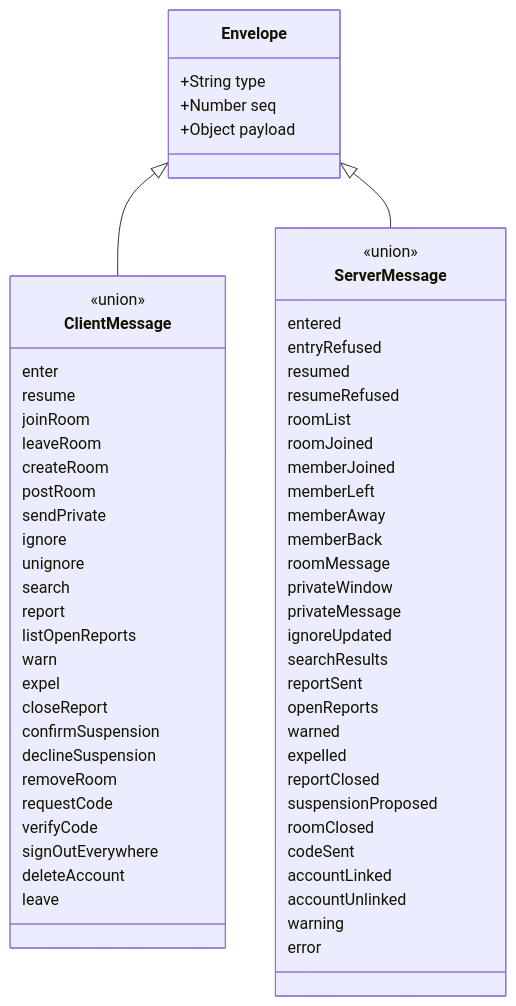
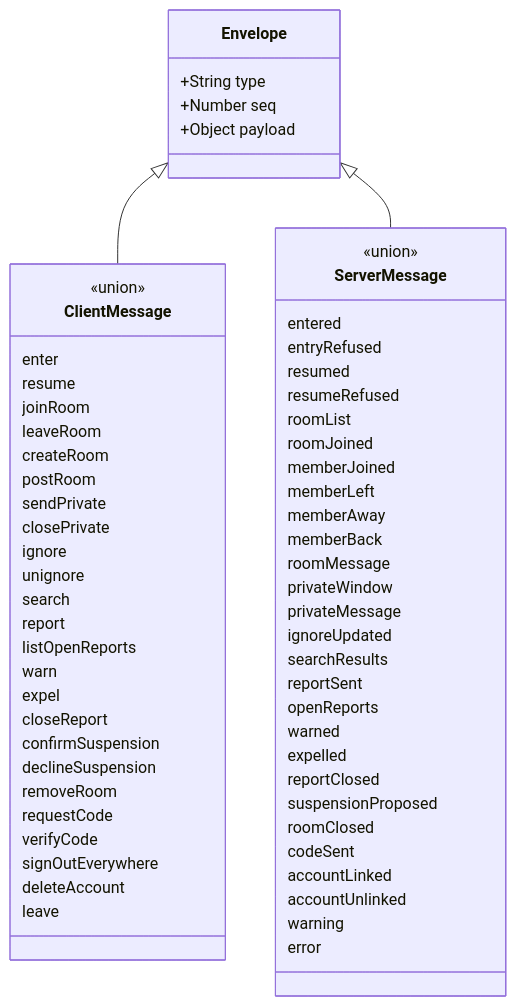
One commit to benoit-bremaud/asv changed the diagram in docs/architecture/diagrams/platform/04-class-protocol.md. Above: the diagram before and after it, drawn with Mermaid. The commit also changed other lines of this file and 48 other files, not shown here.

````diff
--- a/docs/architecture/diagrams/platform/04-class-protocol.md
+++ b/docs/architecture/diagrams/platform/04-class-protocol.md
@@ -15,66 +15,67 @@
 ```mermaid
 classDiagram
   class Envelope {
     +String type
     +Number seq
     +Object payload
   }
   class ClientMessage {
     <<union>>
     enter
     resume
     joinRoom
     leaveRoom
     createRoom
     postRoom
     sendPrivate
+    closePrivate
     ignore
     unignore
     search
     report
     listOpenReports
     warn
     expel
     closeReport
     confirmSuspension
     declineSuspension
     removeRoom
     requestCode
     verifyCode
     signOutEverywhere
     deleteAccount
     leave
   }
   class ServerMessage {
     <<union>>
     entered
     entryRefused
     resumed
     resumeRefused
     roomList
     roomJoined
     memberJoined
     memberLeft
     memberAway
     memberBack
     roomMessage
     privateWindow
     privateMessage
     ignoreUpdated
     searchResults
     reportSent
     openReports
     warned
     expelled
     reportClosed
     suspensionProposed
     roomClosed
     codeSent
     accountLinked
     accountUnlinked
     warning
     error
   }
   Envelope <|-- ClientMessage
   Envelope <|-- ServerMessage
 ```
````
